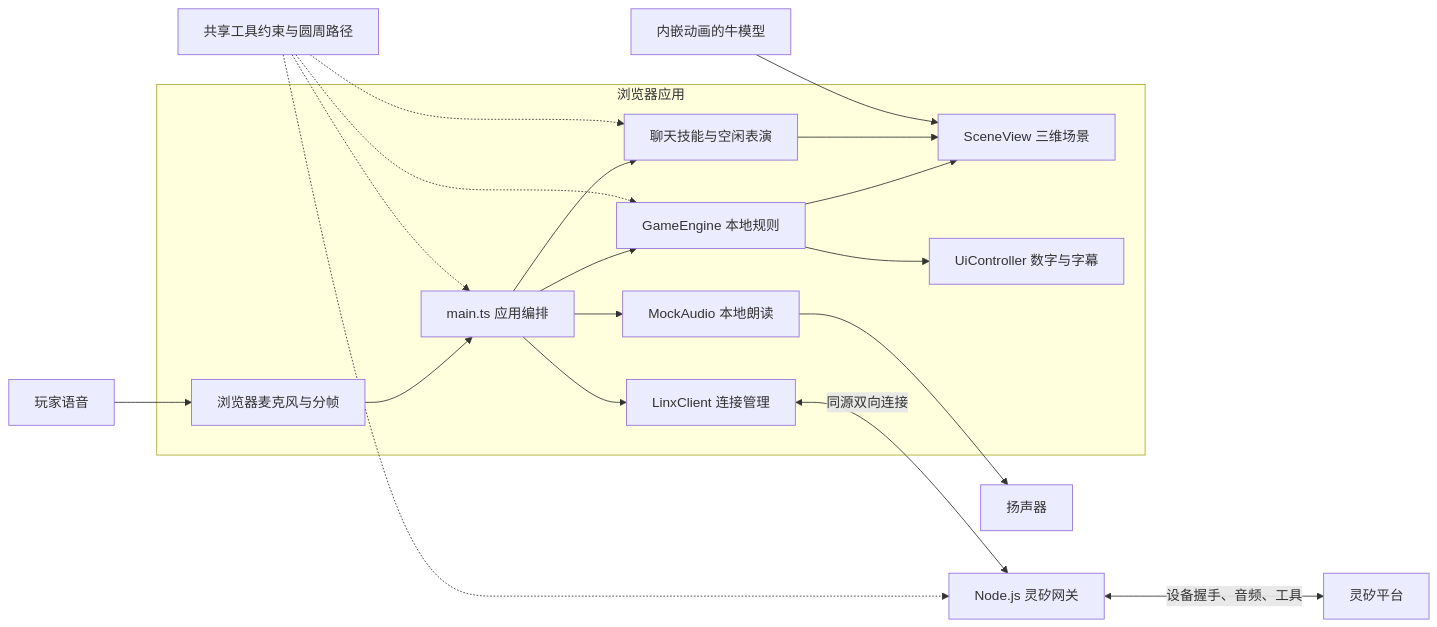
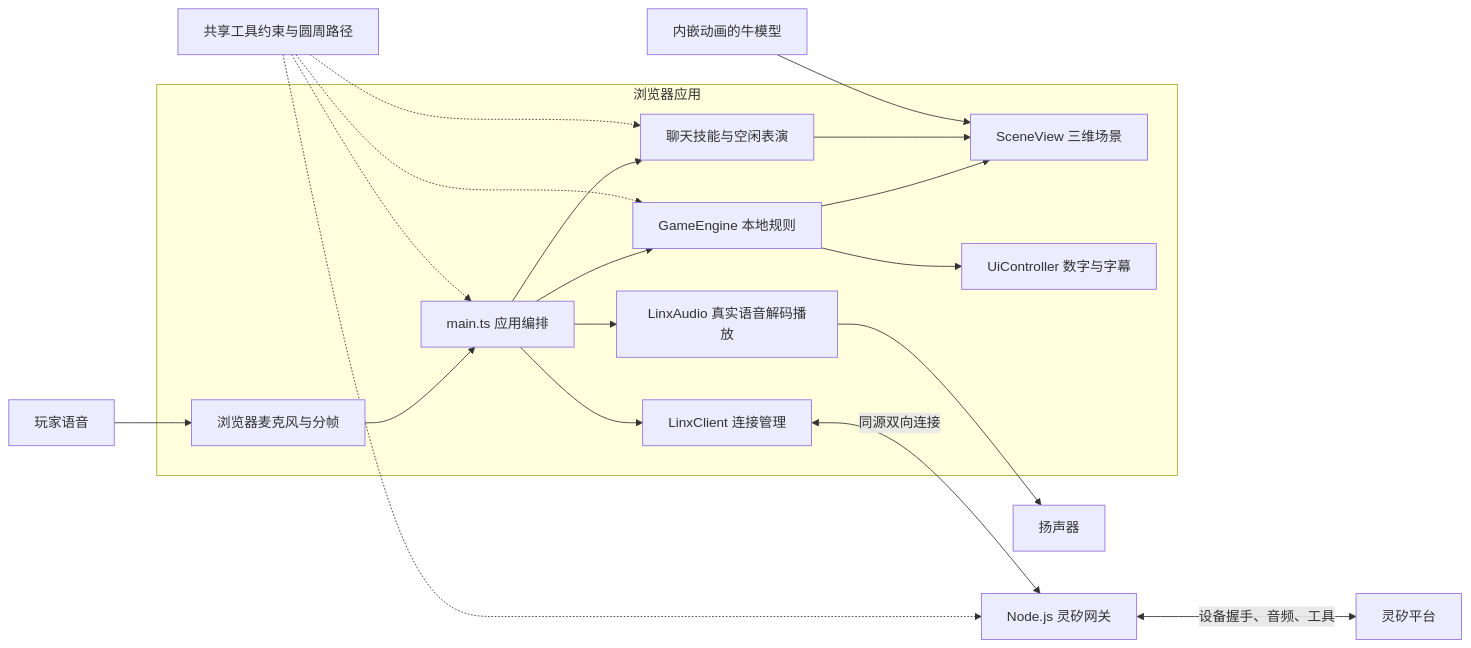
One commit to cohesion-dev/NQQ changed the first of 2 diagrams in docs/architecture.md. Above: the diagram before and after it, drawn with Mermaid. The commit also changed other lines of this file and 14 other files, not shown here.

````diff
--- a/docs/architecture.md
+++ b/docs/architecture.md
@@ -9,22 +9,22 @@
 ```mermaid
 flowchart LR
     User[玩家语音] --> Audio[浏览器麦克风与分帧]
     subgraph Browser[浏览器应用]
         Audio --> Main[main.ts 应用编排]
         Main --> Client[LinxClient 连接管理]
         Main --> Game[GameEngine 本地规则]
         Main --> Skills[聊天技能与空闲表演]
         Game --> Scene[SceneView 三维场景]
         Skills --> Scene
         Game --> UI[UiController 数字与字幕]
-        Main --> Voice[MockAudio 本地朗读]
+        Main --> Voice[LinxAudio 真实语音解码播放]
     end
     Client <-->|同源双向连接| Gateway[Node.js 灵矽网关]
     Gateway <-->|设备握手、音频、工具| Linx[灵矽平台]
     Assets[内嵌动画的牛模型] --> Scene
     Shared[共享工具约束与圆周路径] -.-> Gateway
     Shared -.-> Main
     Shared -.-> Game
     Shared -.-> Skills
     Voice --> Speaker[扬声器]
 ```
````
